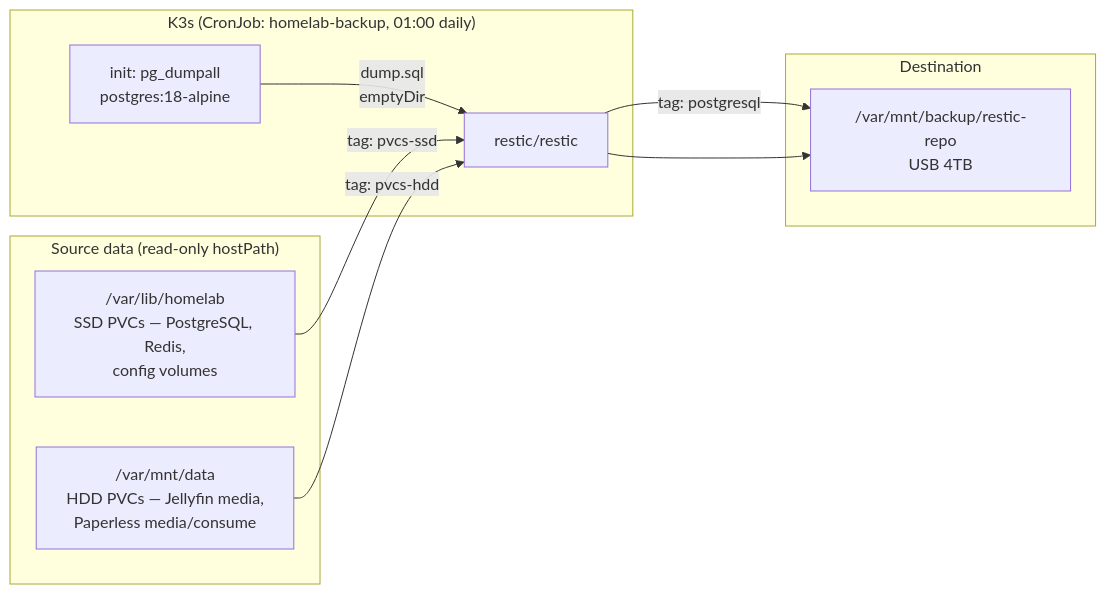
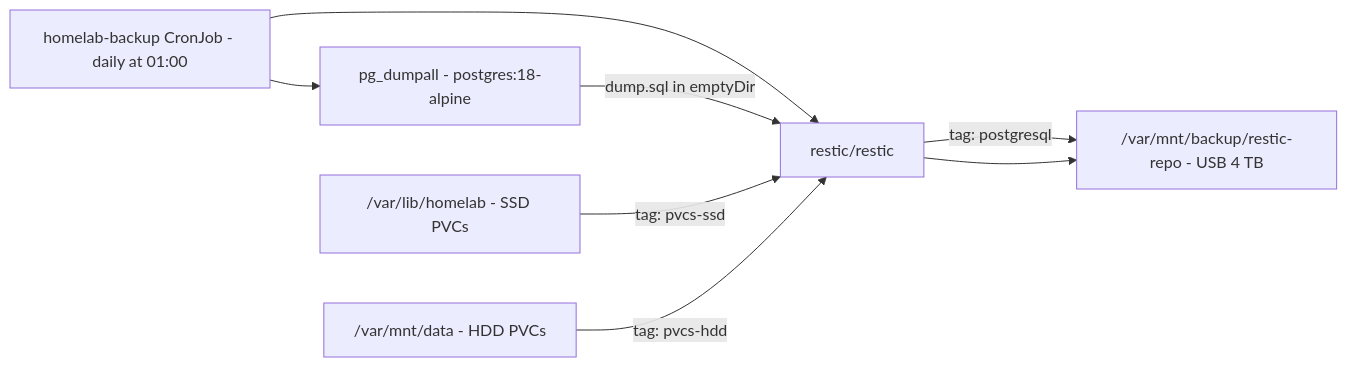
Before and after one commit to Mahagon/homelab: the second of 2 diagrams in README.md, drawn with Mermaid. The commit also changed other lines of this file and 2 other files, not shown here.

````diff
--- a/README.md
+++ b/README.md
@@ -213,22 +202,13 @@
 ```mermaid
 flowchart LR
-    subgraph k8s["K3s (CronJob: homelab-backup, 01:00 daily)"]
-        PG["init: pg_dumpall\npostgres:18-alpine"]
-        R["restic/restic"]
-        PG -->|dump.sql\nemptyDir| R
-    end
+    Cron["homelab-backup CronJob - daily at 01:00"] --> PG["pg_dumpall - postgres:18-alpine"]
+    Cron --> R["restic/restic"]
+    PG -->|dump.sql in emptyDir| R
 
-    subgraph src["Source data (read-only hostPath)"]
-        SSD["/var/lib/homelab\nSSD PVCs — PostgreSQL, Redis,\nconfig volumes"]
-        HDD["/var/mnt/data\nHDD PVCs — Jellyfin media,\nPaperless media/consume"]
-    end
+    SSD["/var/lib/homelab - SSD PVCs"] -->|tag: pvcs-ssd| R
+    HDD["/var/mnt/data - HDD PVCs"] -->|tag: pvcs-hdd| R
+    USB["/var/mnt/backup/restic-repo - USB 4 TB"]
 
-    subgraph dst["Destination"]
-        USB["/var/mnt/backup/restic-repo\nUSB 4TB"]
-    end
-
-    SSD -->|tag: pvcs-ssd| R
-    HDD -->|tag: pvcs-hdd| R
     R -->|tag: postgresql| USB
     R --> USB
 ```
````
